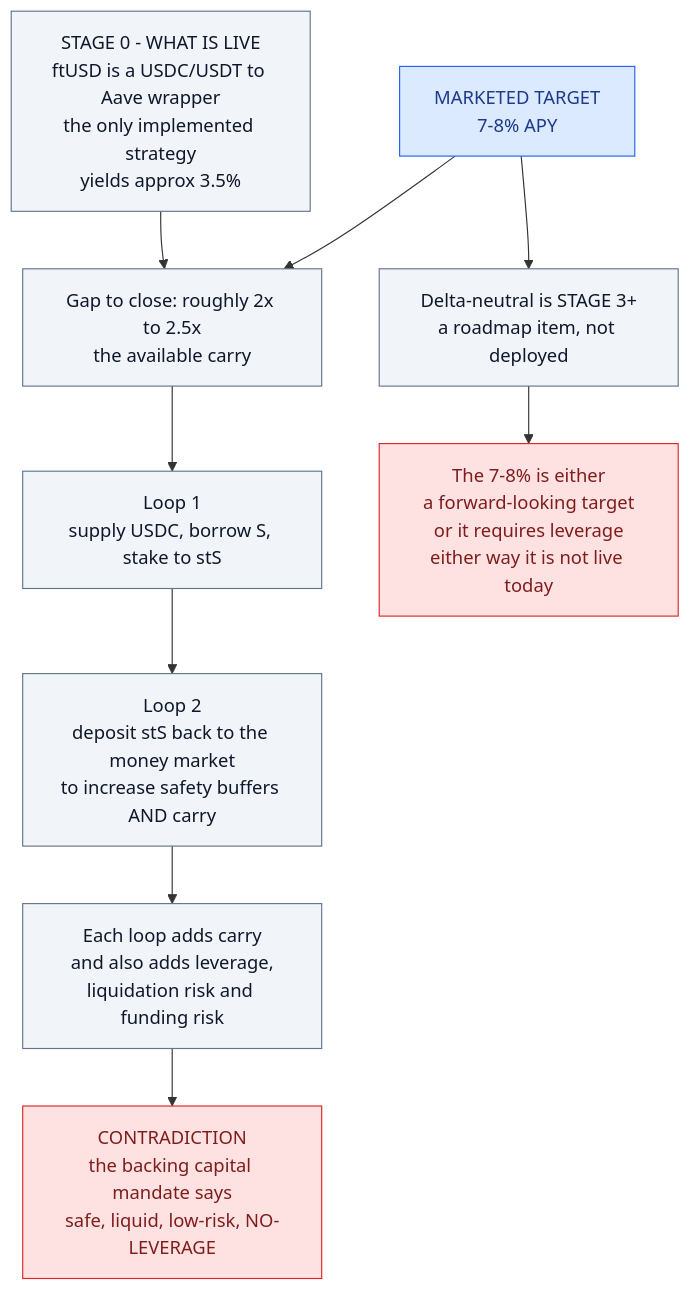
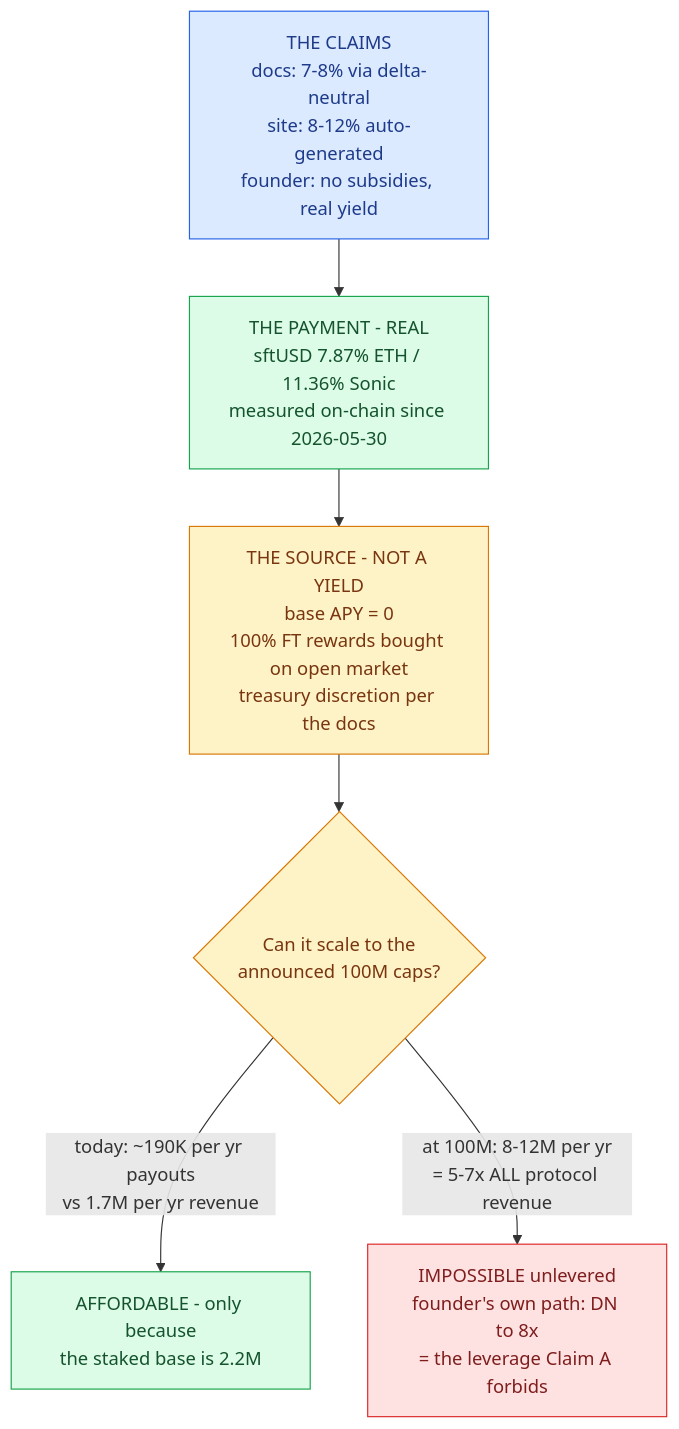
Before and after one commit to m0n3r0/flying-tulip-audit: the sixth of 10 diagrams in findings/03-economics-high-yield.md, drawn with Mermaid. The commit also changed other lines of this file and 5 other files, not shown here.

````diff
--- a/findings/03-economics-high-yield.md
+++ b/findings/03-economics-high-yield.md
@@ -324,28 +370,26 @@
 ```mermaid
 flowchart TB
-    S0["STAGE 0 - WHAT IS LIVE<br/>ftUSD is a USDC/USDT to Aave wrapper<br/>the only implemented strategy<br/>yields approx 3.5%"]
+    CLAIM["THE CLAIMS<br/>docs: 7-8% via delta-neutral<br/>site: 8-12% auto-generated<br/>founder: no subsidies, real yield"]
 
-    NEED["MARKETED TARGET<br/>7-8% APY"]
+    PAID["THE PAYMENT - REAL<br/>sftUSD 7.87% ETH / 11.36% Sonic<br/>measured on-chain since 2026-05-30"]
 
-    S0 --> GAP["Gap to close: roughly 2x to 2.5x<br/>the available carry"]
-    NEED --> GAP
+    SRC["THE SOURCE - NOT A YIELD<br/>base APY = 0<br/>100% FT rewards bought on open market<br/>treasury discretion per the docs"]
 
-    GAP --> L1["Loop 1<br/>supply USDC, borrow S, stake to stS"]
-    L1 --> L2["Loop 2<br/>deposit stS back to the money market<br/>to increase safety buffers AND carry"]
-    L2 --> L3["Each loop adds carry<br/>and also adds leverage,<br/>liquidation risk and funding risk"]
+    CLAIM --> PAID
+    PAID --> SRC
 
-    L3 --> CONTRA["CONTRADICTION<br/>the backing capital mandate says<br/>safe, liquid, low-risk, NO-LEVERAGE"]
+    SRC --> SCALE{"Can it scale to the<br/>announced 100M caps?"}
 
-    NEED --> STAGE3["Delta-neutral is STAGE 3+<br/>a roadmap item, not deployed"]
-
-    STAGE3 --> CONTRA2["The 7-8% is either<br/>a forward-looking target<br/>or it requires leverage<br/>either way it is not live today"]
+    SCALE -->|"today: ~190K per yr payouts<br/>vs 1.7M per yr revenue"| NOW["AFFORDABLE - only because<br/>the staked base is 2.2M"]
+    SCALE -->|"at 100M: 8-12M per yr<br/>= 5-7x ALL protocol revenue"| LEVER["IMPOSSIBLE unlevered<br/>founder's own path: DN to 8x<br/>= the leverage Claim A forbids"]
 
     classDef claim fill:#dbeafe,stroke:#2563eb,color:#1e3a8a
     classDef warn fill:#fef3c7,stroke:#d97706,color:#78350f
     classDef bad fill:#fee2e2,stroke:#dc2626,color:#7f1d1d
     classDef good fill:#dcfce7,stroke:#16a34a,color:#14532d
     classDef neutral fill:#f1f5f9,stroke:#64748b,color:#0f172a
-    class NEED claim
-    class S0,GAP,L1,L2,L3,STAGE3 neutral
-    class CONTRA,CONTRA2 bad
+    class CLAIM claim
+    class PAID,NOW good
+    class SRC,SCALE warn
+    class LEVER bad
 ```
````
